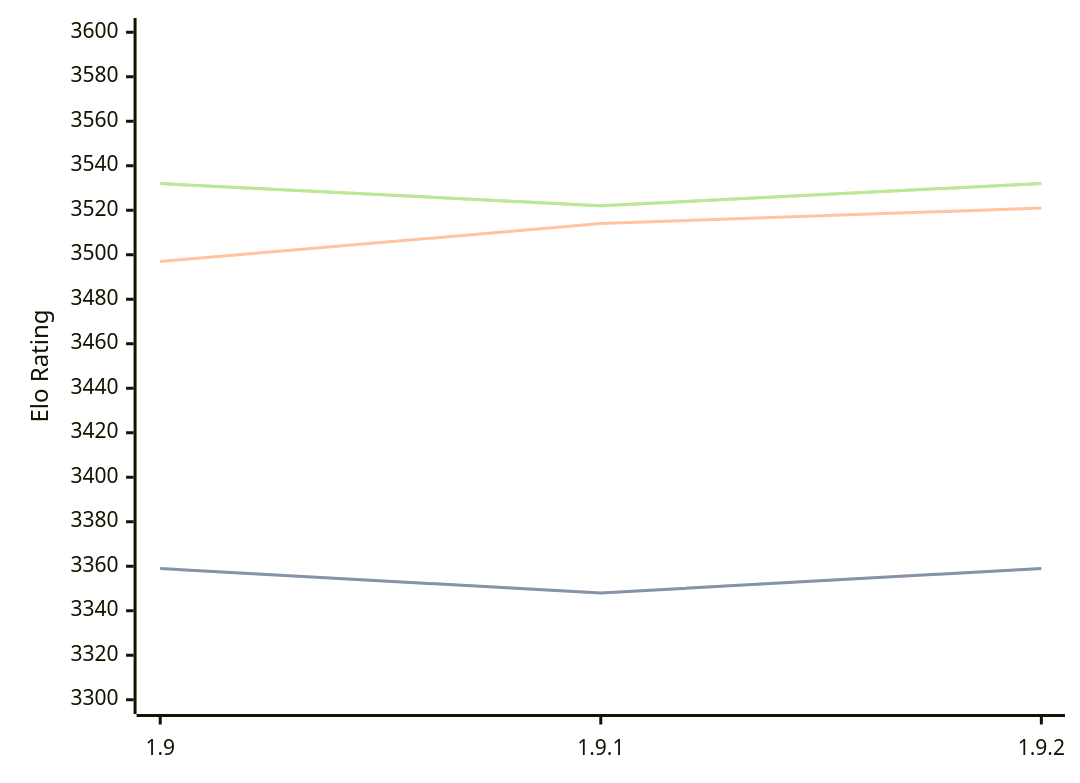
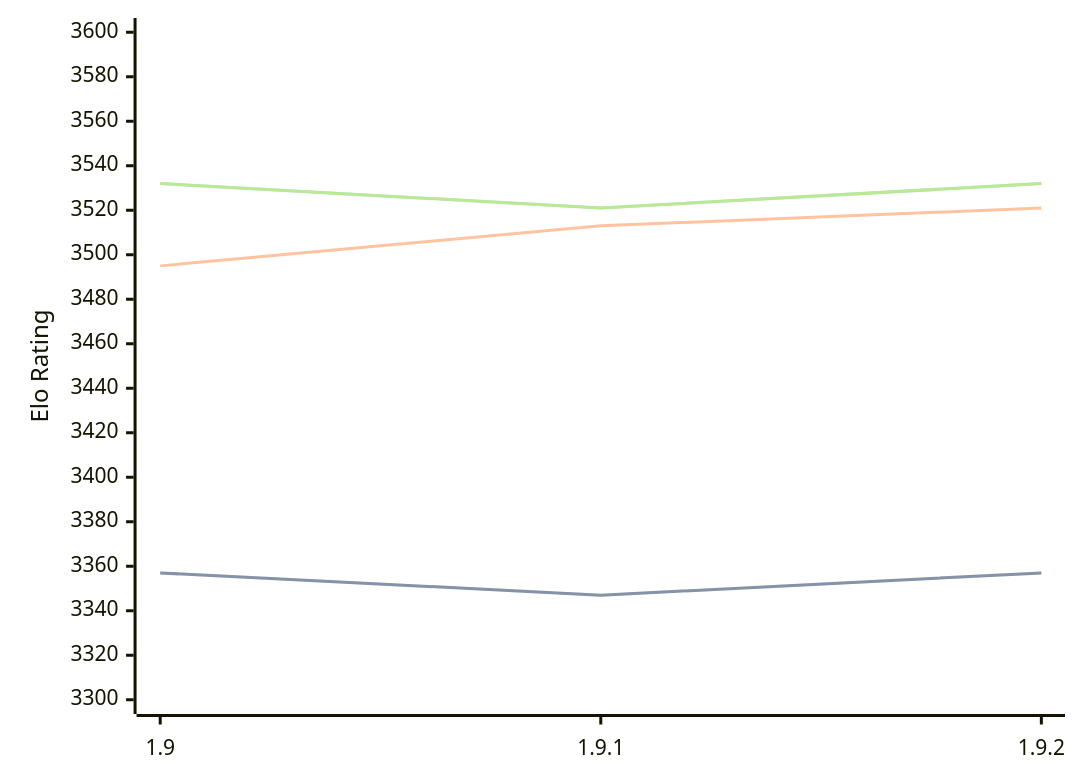
The diagram in engines/Pawnocchio.md (computer-chess-index/cci), drawn with Mermaid before and after one commit. The commit also changed other lines of this file, not shown here.

Commit message:
Update CCI Ratings (ELO VLTC) - 2026-06-10

````diff
--- a/engines/Pawnocchio.md
+++ b/engines/Pawnocchio.md
@@ -48,11 +48,11 @@
 ```mermaid
 %%{init: {"theme":"base","themeVariables":{"seriesColors:['#a3a3a3','#222221','#faa371']}}}%%
 xychart-beta
   x-axis ["1.9", "1.9.1", "1.9.2"]
   y-axis "Elo Rating" 3300 --> 3600
-  line "STC (8.0+0.08s)" [3359, 3348, 3359]
-  line "STC (8.0+0.08s)" [3359, 3348, 3359]
-  line "LTC (60.0+0.60s)" [3497, 3514, 3521]
-  line "VLTC (2m24s+1.12s)" [3532, 3522, 3532]
-  line "VLTC (2m24s+1.12s)" [3532, 3522, 3532]
+  line "STC (8.0+0.08s)" [3357, 3347, 3357]
+  line "STC (8.0+0.08s)" [3357, 3347, 3357]
+  line "LTC (60.0+0.60s)" [3495, 3513, 3521]
+  line "VLTC (2m24s+1.12s)" [3532, 3521, 3532]
+  line "VLTC (2m24s+1.12s)" [3532, 3521, 3532]
 ```
````
